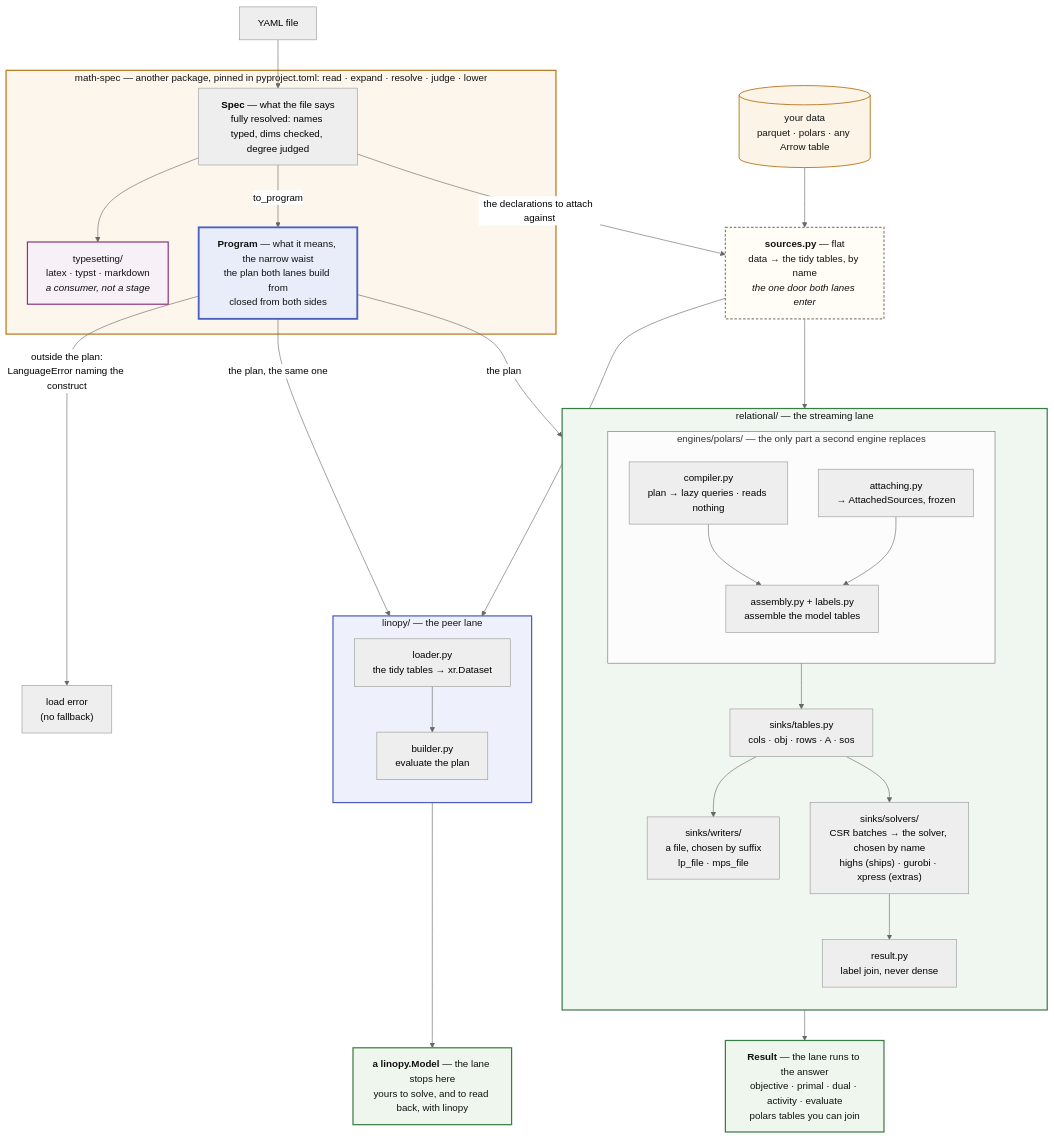
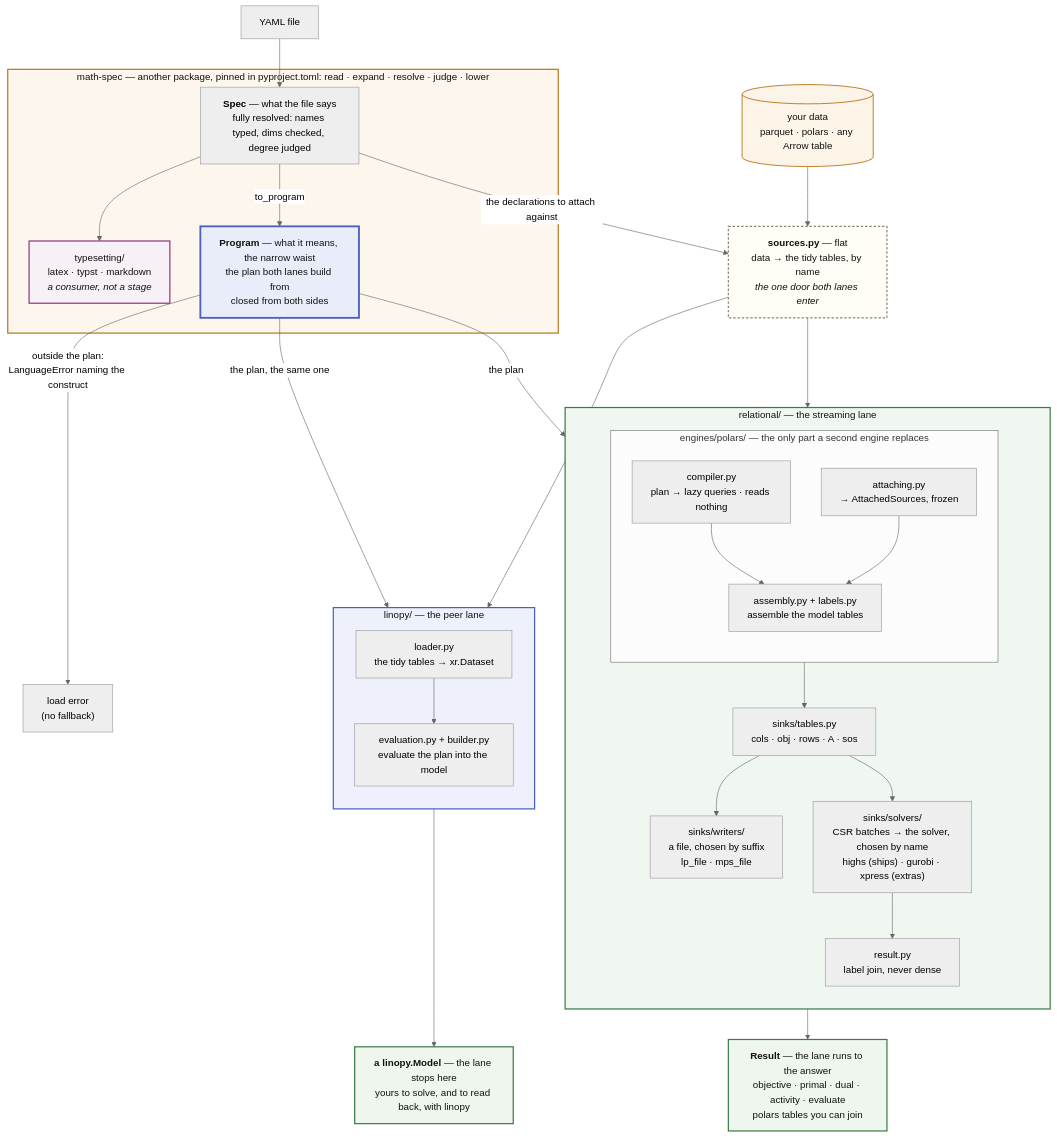
The first of 2 diagrams in docs/about/architecture.md (fluxopt/lpspec), drawn with Mermaid (neutral theme) before and after one commit. The commit also changed other lines of this file and 14 other files, not shown here.

````diff
--- a/docs/about/architecture.md
+++ b/docs/about/architecture.md
@@ -60,59 +60,59 @@
 ```mermaid
 flowchart TB
     Y[YAML file] --> SPEC
     DATA[("your data<br/>parquet · polars · any Arrow table")] --> SRC
 
     subgraph MS["math-spec — another package, pinned in pyproject.toml: read · expand · resolve · judge · lower"]
         SPEC["<b>Spec</b> — what the file says<br/>fully resolved: names typed, dims checked, degree judged"]
         SPEC --> TS["typesetting/<br/>latex · typst · markdown<br/><i>a consumer, not a stage</i>"]
         SPEC -->|"to_program"| PLAN["<b>Program</b> — what it means, the narrow waist<br/>the plan both lanes build from<br/>closed from both sides"]
     end
 
     SPEC -->|"the declarations to attach against"| SRC
     SRC["<b>sources.py</b> — flat<br/>data → the tidy tables, by name<br/><i>the one door both lanes enter</i>"]
 
     PLAN -->|"outside the plan:<br/>LanguageError naming the construct"| ERR["load error<br/>(no fallback)"]
     PLAN -->|"the plan"| COMP
     SRC --> ATTACH
     PLAN -->|"the plan, the same one"| BUILD
     SRC --> LOAD
 
     subgraph REL["relational/ — the streaming lane"]
         direction TB
         subgraph ENG["engines/polars/ — the only part a second engine replaces"]
             direction TB
             COMP["compiler.py<br/>plan → lazy queries · reads nothing"] --> ENGINE
             ATTACH["attaching.py<br/>→ AttachedSources, frozen"] --> ENGINE["assembly.py + labels.py<br/>assemble the model tables"]
         end
         ENG --> TABLES["sinks/tables.py<br/>cols · obj · rows · A · sos"]
         TABLES --> LPS["sinks/writers/<br/>a file, chosen by suffix<br/>lp_file · mps_file"]
         TABLES --> DIRECT["sinks/solvers/<br/>CSR batches → the solver, chosen by name<br/>highs (ships) · gurobi · xpress (extras)"]
         DIRECT --> SOL["result.py<br/>label join, never dense"]
     end
 
     SOL --> ANS["<b>Result</b> — the lane runs to the answer<br/>objective · primal · dual · activity · evaluate<br/>polars tables you can join"]
 
     subgraph LIN["linopy/ — the peer lane"]
         direction TB
-        LOAD["loader.py<br/>the tidy tables → xr.Dataset"] --> BUILD["builder.py<br/>evaluate the plan"]
+        LOAD["loader.py<br/>the tidy tables → xr.Dataset"] --> BUILD["evaluation.py + builder.py<br/>evaluate the plan into the model"]
     end
 
     BUILD --> MODEL["<b>a linopy.Model</b> — the lane stops here<br/>yours to solve, and to read back, with linopy"]
 
     classDef laneL fill:#fdf6ec,stroke:#b7791f,stroke-width:2px,color:#111
     classDef laneR fill:#f0f7f0,stroke:#3a7d44,stroke-width:2px,color:#111
     classDef laneE fill:#eef1fb,stroke:#4a5fc1,stroke-width:2px,color:#111
     classDef laneT fill:#f7f0f7,stroke:#8b3a7d,stroke-width:2px,color:#111
     classDef waist fill:#e9edfa,stroke:#4a5fc1,stroke-width:3px,color:#111
     classDef flat fill:#fffdf5,stroke:#8a8578,stroke-width:2px,stroke-dasharray:4 3,color:#111
     classDef data fill:#fdf4e8,stroke:#b7791f,stroke-width:1.5px,color:#111
     classDef out fill:#eef6ee,stroke:#3a7d44,stroke-width:2px,color:#111
     class MS laneL
     class REL laneR
     class LIN laneE
     class TS laneT
     class PLAN waist
     class SRC flat
     class DATA data
     class ANS,MODEL out
 ```
````
